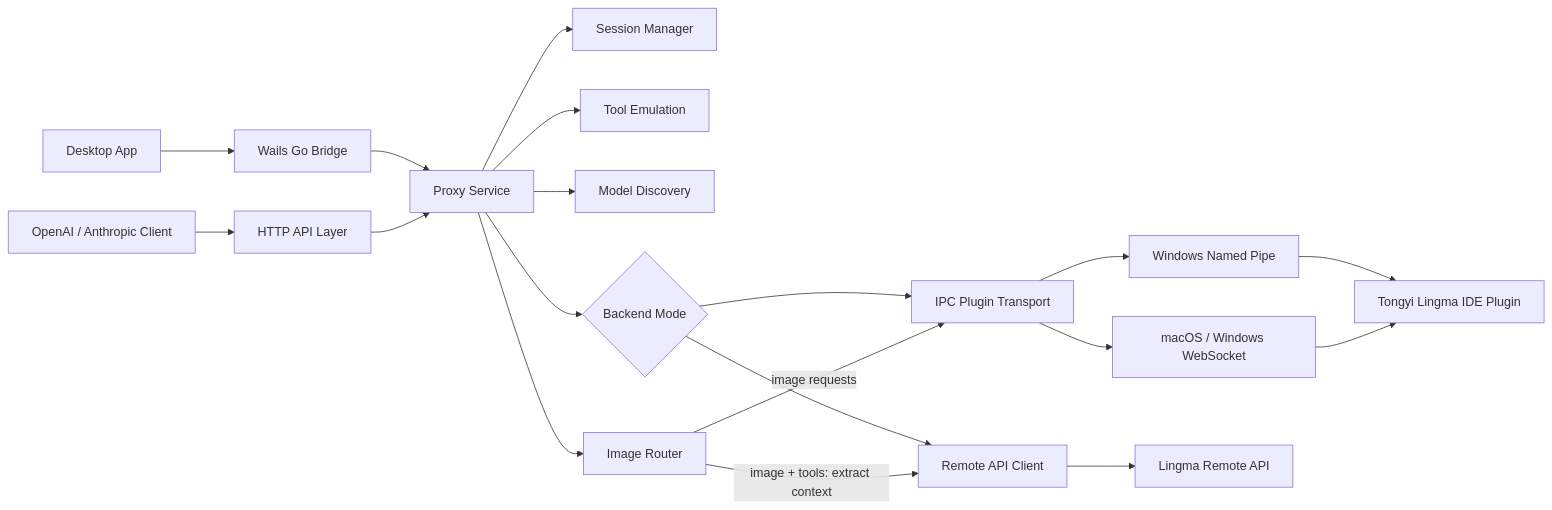
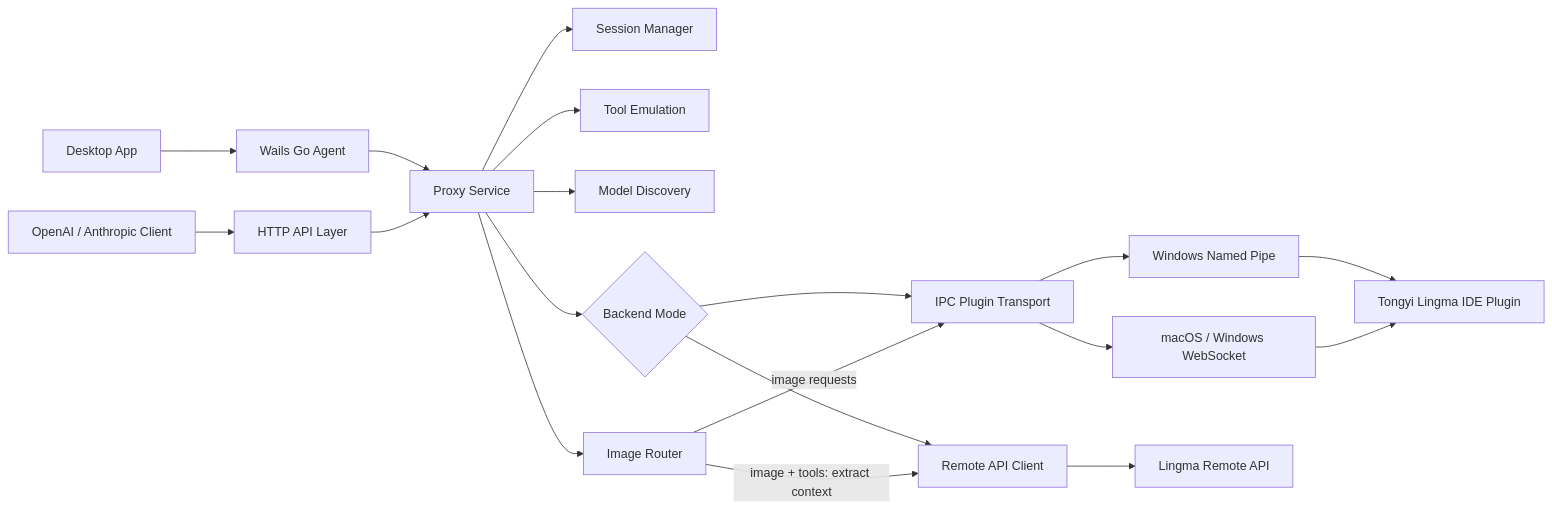
Before and after one commit to Lutiancheng1/lingma-proxy: the diagram in README.md, drawn with Mermaid. The commit also changed other lines of this file and 53 other files, not shown here.

Commit message:
refactor: rename bridge to agent and release v1.6.8 with cloudflare deployment integration

````diff
--- a/README.md
+++ b/README.md
@@ -255,21 +255,21 @@
 ```mermaid
 flowchart LR
   Client["OpenAI / Anthropic Client"] --> HTTP["HTTP API Layer"]
-  Desktop["Desktop App"] --> AppBridge["Wails Go Bridge"]
-  AppBridge --> Service["Proxy Service"]
+  Desktop["Desktop App"] --> AppAgent["Wails Go Agent"]
+  AppAgent --> Service["Proxy Service"]
   HTTP --> Service
   Service --> Session["Session Manager"]
   Service --> Tools["Tool Emulation"]
   Service --> Models["Model Discovery"]
   Service --> Images["Image Router"]
   Service --> Backend{"Backend Mode"}
   Backend --> Transport["IPC Plugin Transport"]
   Backend --> Remote["Remote API Client"]
   Images -->|"image requests"| Transport
   Images -->|"image + tools: extract context"| Remote
   Transport --> Pipe["Windows Named Pipe"]
   Transport --> WS["macOS / Windows WebSocket"]
   Pipe --> Lingma["Tongyi Lingma IDE Plugin"]
   WS --> Lingma
   Remote --> Cloud["Lingma Remote API"]
 ```
````
